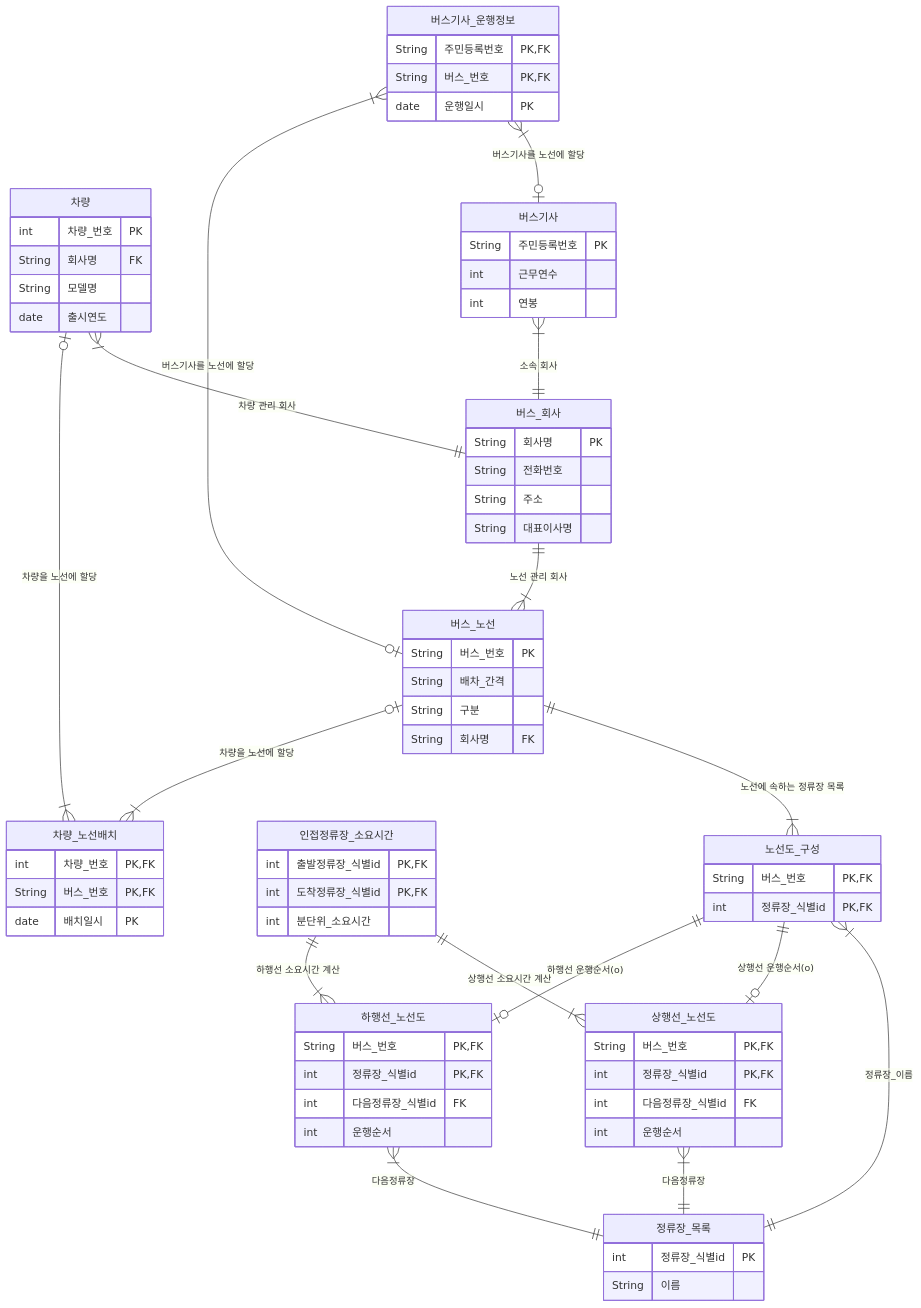
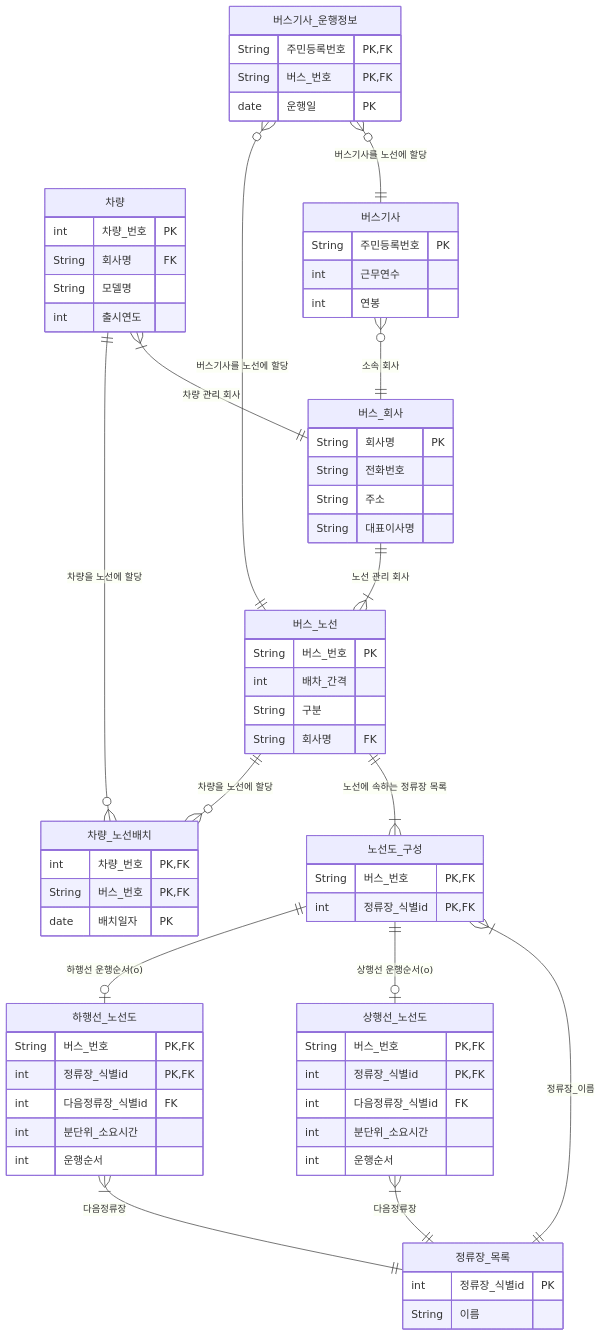
The second of 2 diagrams in README.md (zerojun040329-eng/test-260401), drawn with Mermaid before and after one commit. The commit also changed other lines of this file, not shown here.

````diff
--- a/README.md
+++ b/README.md
@@ -66,77 +66,72 @@
 ```mermaid
 erDiagram
   버스_노선 {
     String 버스_번호 PK
-    String 배차_간격 
+    int 배차_간격 
     String 구분
     String 회사명 FK
   }
   정류장_목록 {
     int 정류장_식별id PK
     String 이름
   }
   노선도_구성 {
     String 버스_번호 PK, FK
     int 정류장_식별id PK, FK
   }
   상행선_노선도 {
     String 버스_번호 PK, FK
     int 정류장_식별id PK, FK
     int 다음정류장_식별id FK
+    int 분단위_소요시간
     int 운행순서
   }
   하행선_노선도 {
     String 버스_번호 PK, FK
     int 정류장_식별id PK, FK
     int 다음정류장_식별id FK
+    int 분단위_소요시간
     int 운행순서
-  }
-  인접정류장_소요시간 {
-    int 출발정류장_식별id PK, FK
-    int 도착정류장_식별id PK, FK
-    int 분단위_소요시간
   }
   버스_회사 {
     String 회사명 PK
     String 전화번호
     String 주소
     String 대표이사명
   }
   차량 {
     int 차량_번호 PK
     String 회사명 FK
     String 모델명
-    date 출시연도
+    int 출시연도
   }
   차량_노선배치 {
     int 차량_번호 PK, FK
     String 버스_번호 PK, FK
-    date 배치일시 PK
+    date 배치일자 PK
   }
   버스기사 {
     String 주민등록번호 PK
     int 근무연수
     int 연봉
   }
   버스기사_운행정보 {
     String 주민등록번호 PK, FK
     String 버스_번호 PK, FK
-    date 운행일시 PK
+    date 운행일 PK
   }
 
   버스_회사 ||--|{ 버스_노선 : "노선 관리 회사"
   차량 |{--|| 버스_회사 : "차량 관리 회사"
   버스_노선 ||--|{ 노선도_구성 : "노선에 속하는 정류장 목록"
   노선도_구성 |{--|| 정류장_목록 : "정류장_이름"
   노선도_구성 ||--o| 상행선_노선도 : "상행선 운행순서(o)"
   노선도_구성 ||--o| 하행선_노선도 : "하행선 운행순서(o)"
   상행선_노선도 |{--|| 정류장_목록 : "다음정류장"
   하행선_노선도 |{--|| 정류장_목록 : "다음정류장"
-  인접정류장_소요시간 ||--|{ 상행선_노선도 : "상행선 소요시간 계산"
-  인접정류장_소요시간 ||--|{ 하행선_노선도 : "하행선 소요시간 계산"
-  버스기사_운행정보 |{--o| 버스기사 : "버스기사를 노선에 할당"
-  버스기사_운행정보 |{--o| 버스_노선 : "버스기사를 노선에 할당"
-  버스_노선 o|--|{ 차량_노선배치 : "차량을 노선에 할당"
-  차량 o|--|{ 차량_노선배치 : "차량을 노선에 할당"
-  버스기사 |{--|| 버스_회사 : "소속 회사"
+  버스기사_운행정보 o{--|| 버스기사 : "버스기사를 노선에 할당"
+  버스기사_운행정보 o{--|| 버스_노선 : "버스기사를 노선에 할당"
+  버스_노선 ||--o{ 차량_노선배치 : "차량을 노선에 할당"
+  차량 ||--o{ 차량_노선배치 : "차량을 노선에 할당"
+  버스기사 o{--|| 버스_회사 : "소속 회사"
 ```
````
